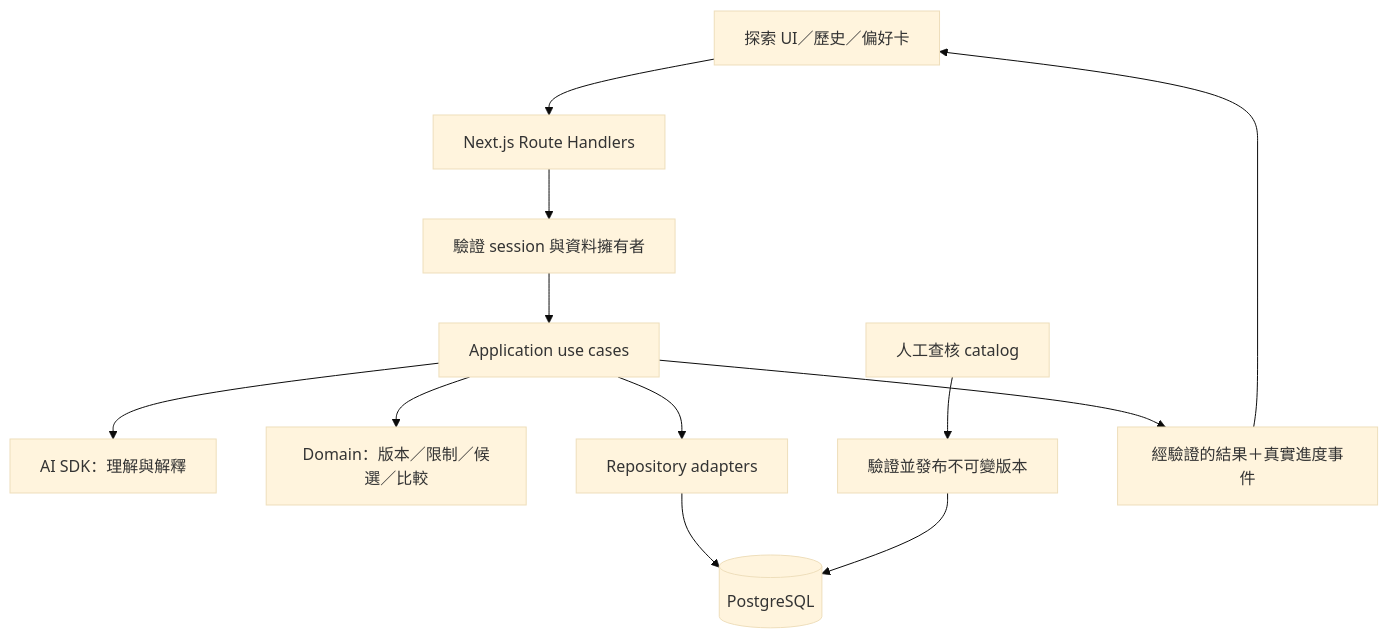
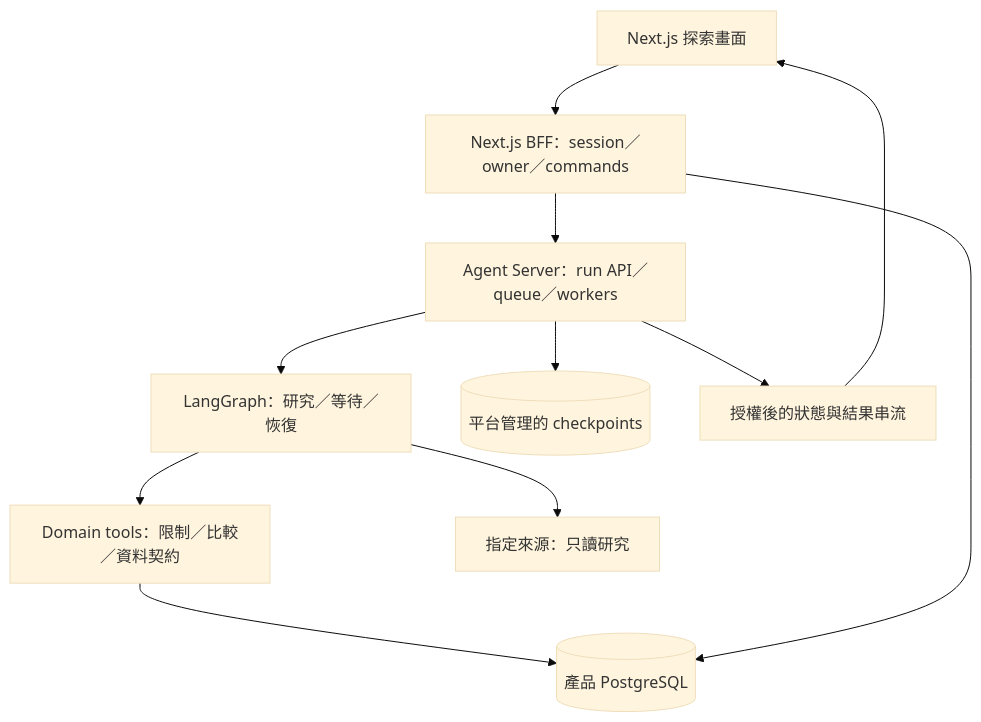
The first of 2 diagrams in ARCHITECTURE.md (Will413028/whisky-discovery-agent), drawn with Mermaid (base theme) before and after one commit. The commit also changed other lines of this file and 3 other files, not shown here.

````diff
--- a/ARCHITECTURE.md
+++ b/ARCHITECTURE.md
@@ -65,14 +66,13 @@
 ```mermaid
 flowchart TD
-  UI[探索 UI／歷史／偏好卡] --> HTTP[Next.js Route Handlers]
-  HTTP --> AUTH[驗證 session 與資料擁有者]
-  AUTH --> APP[Application use cases]
-  APP --> AI[AI SDK：理解與解釋]
-  APP --> DOMAIN[Domain：版本／限制／候選／比較]
-  APP --> STORE[Repository adapters]
-  STORE --> DB[(PostgreSQL)]
-  DATA[人工查核 catalog] --> PUBLISH[驗證並發布不可變版本]
-  PUBLISH --> DB
-  APP --> STREAM[經驗證的結果＋真實進度事件]
+  UI[Next.js 探索畫面] --> BFF[Next.js BFF：session／owner／commands]
+  BFF --> RT[Agent Server：run API／queue／workers]
+  RT --> GRAPH[LangGraph：研究／等待／恢復]
+  GRAPH --> CORE[Domain tools：限制／比較／資料契約]
+  CORE --> DB[(產品 PostgreSQL)]
+  BFF --> DB
+  GRAPH --> SOURCES[指定來源：只讀研究]
+  RT --> CP[(平台管理的 checkpoints)]
+  RT --> STREAM[授權後的狀態與結果串流]
   STREAM --> UI
 ```
````
